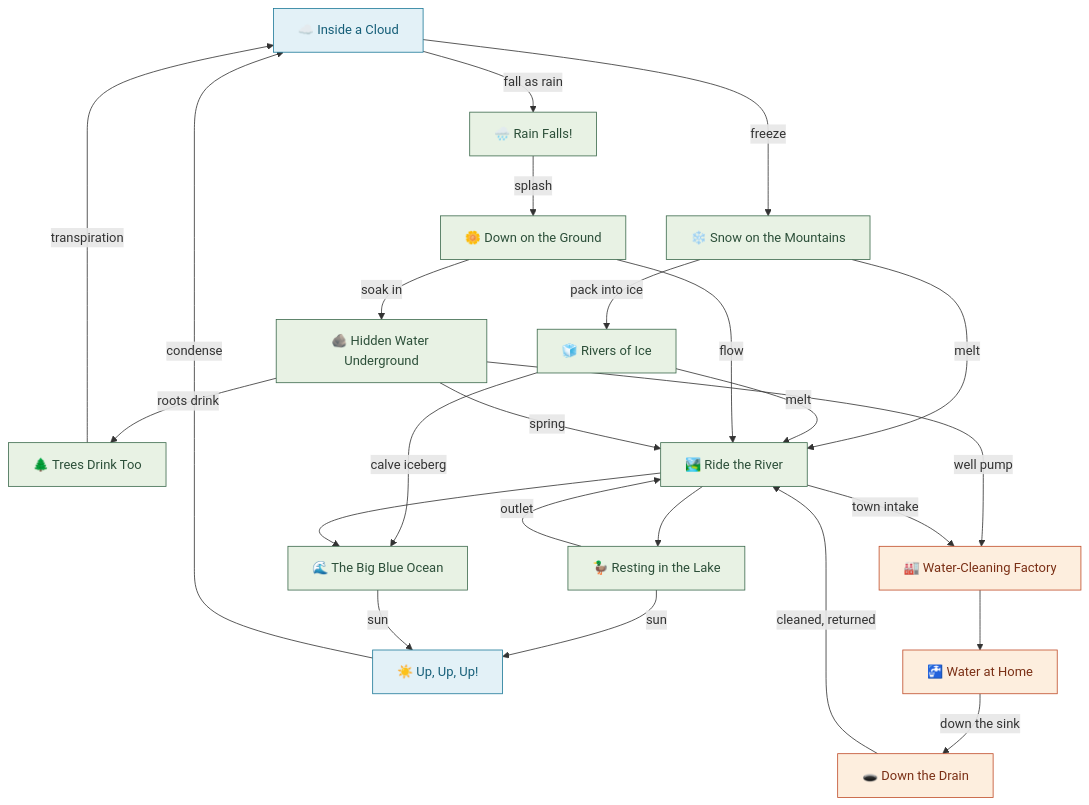
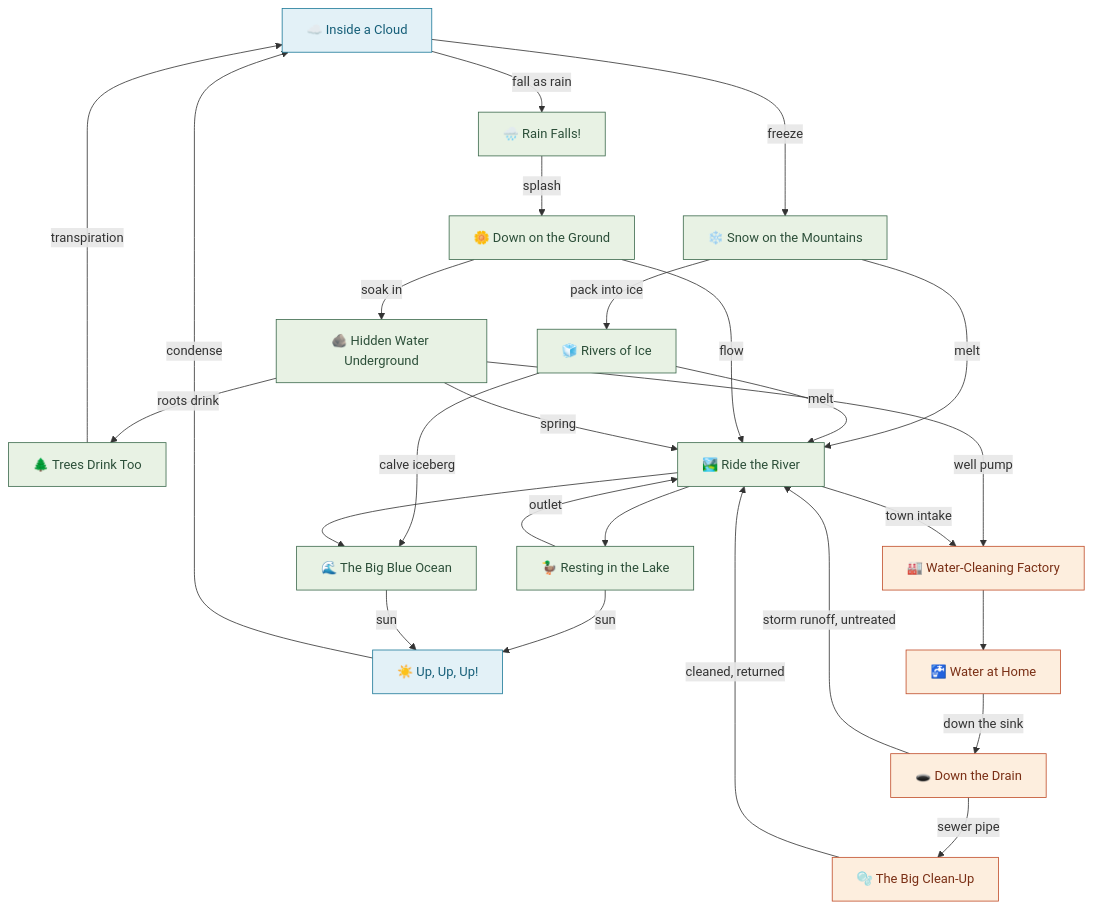
One commit to Maninae/follow-the-drop changed the diagram in README.md. Above: the diagram before and after it, drawn with Mermaid. The commit also changed other lines of this file and 7 other files, not shown here.

First line of the commit message:
Redesign drain scene with coherent plumbing; add wastewater plant node

````diff
--- a/README.md
+++ b/README.md
@@ -34,49 +34,52 @@
 ```mermaid
 flowchart TD
     cloud["☁️ Inside a Cloud"]
     rain["🌧️ Rain Falls!"]
     snow["❄️ Snow on the Mountains"]
     glacier["🧊 Rivers of Ice"]
     meadow["🌼 Down on the Ground"]
     groundwater["🪨 Hidden Water Underground"]
     trees["🌲 Trees Drink Too"]
     river["🏞️ Ride the River"]
     lake["🦆 Resting in the Lake"]
     ocean["🌊 The Big Blue Ocean"]
     evaporation["☀️ Up, Up, Up!"]
     treatment["🏭 Water-Cleaning Factory"]
     tap["🚰 Water at Home"]
     drain["🕳️ Down the Drain"]
+    wastewater["🫧 The Big Clean-Up"]
 
     cloud -->|fall as rain| rain
     cloud -->|freeze| snow
     rain -->|splash| meadow
     snow -->|pack into ice| glacier
     snow -->|melt| river
     glacier -->|melt| river
     glacier -->|calve iceberg| ocean
     meadow -->|soak in| groundwater
     meadow -->|flow| river
     groundwater -->|roots drink| trees
     groundwater -->|spring| river
     groundwater -->|well pump| treatment
     trees -->|transpiration| cloud
     river --> lake
     river --> ocean
     river -->|town intake| treatment
     lake -->|sun| evaporation
     lake -->|outlet| river
     ocean -->|sun| evaporation
     evaporation -->|condense| cloud
     treatment --> tap
     tap -->|down the sink| drain
-    drain -->|cleaned, returned| river
+    drain -->|sewer pipe| wastewater
+    drain -->|storm runoff, untreated| river
+    wastewater -->|cleaned, returned| river
 
     classDef nature fill:#e8f2e4,stroke:#3e6b4e,color:#2c4f39
     classDef human fill:#fdeede,stroke:#c14f2c,color:#7a2f15
     classDef sky fill:#e3f1f7,stroke:#1f7a99,color:#155e78
 
     class rain,snow,glacier,meadow,groundwater,trees,river,lake,ocean nature
-    class treatment,tap,drain human
+    class treatment,tap,drain,wastewater human
     class cloud,evaporation sky
 ```
````
